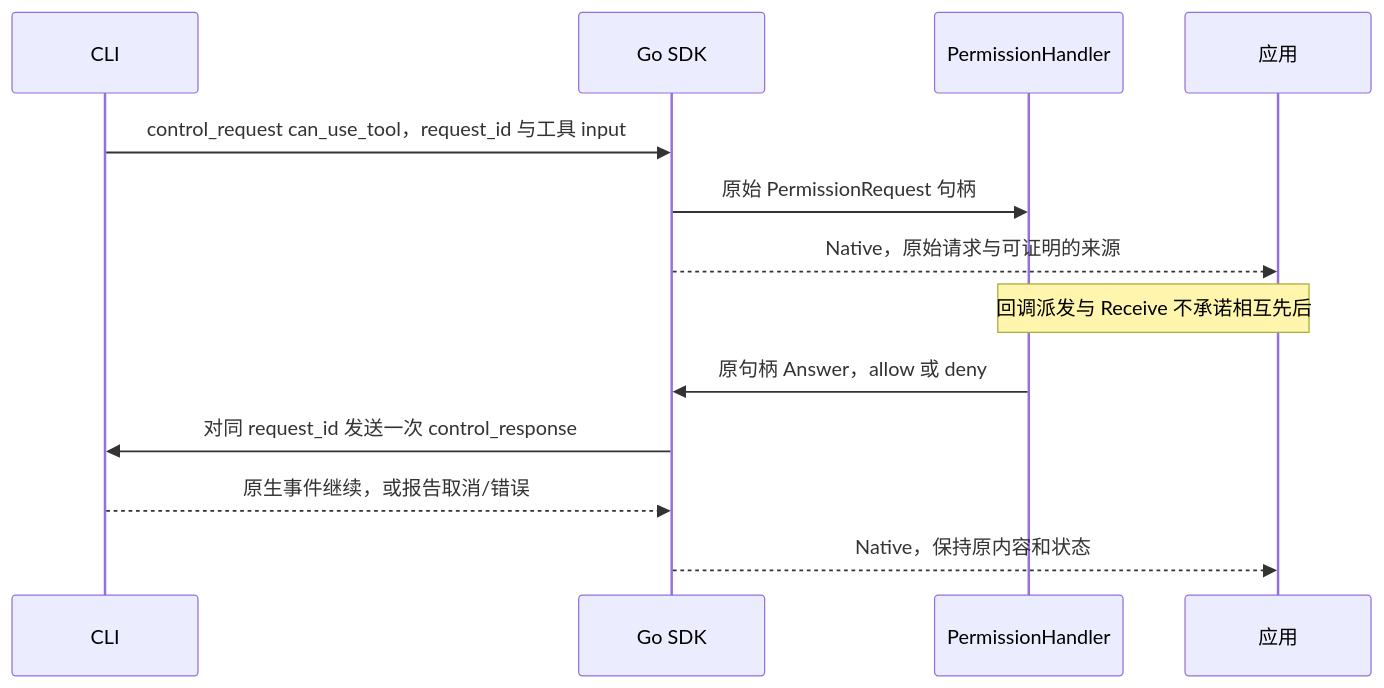
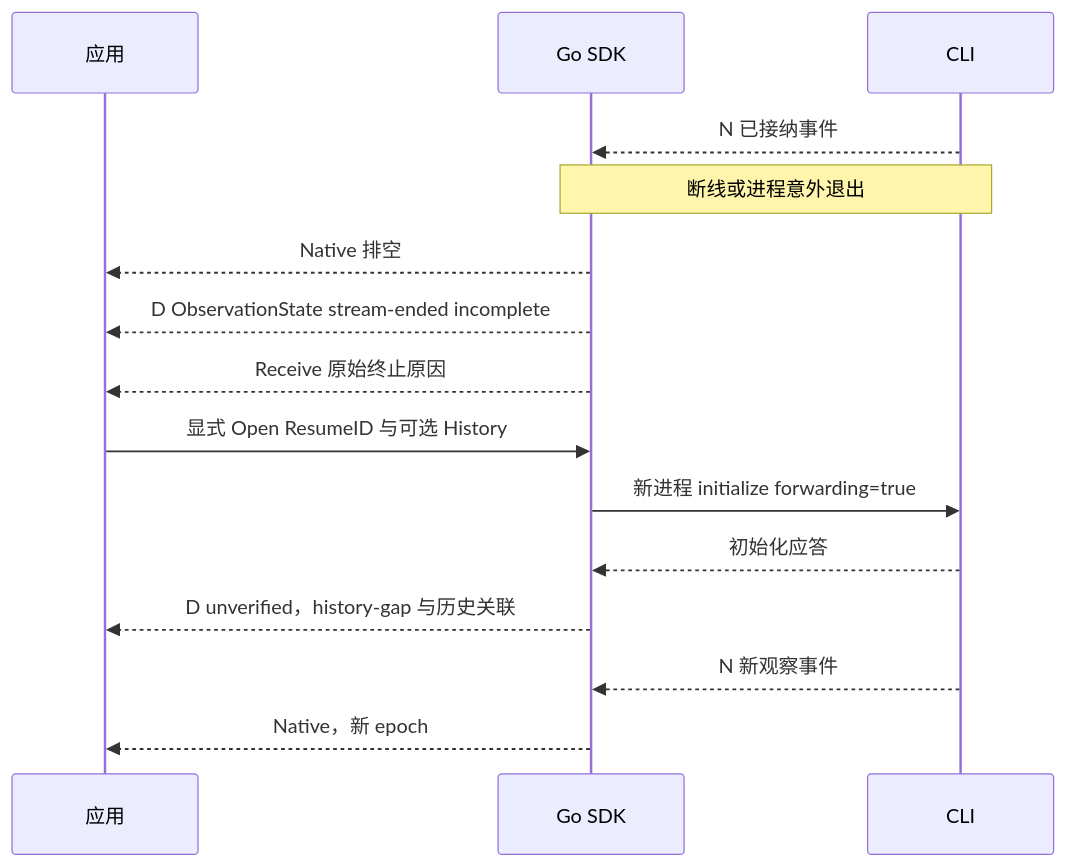
The ninth of 9 diagrams in docs/event-sequences.md (zoumo/agent-sdk-go), drawn with Mermaid before and after one commit. The commit also changed other lines of this file and 32 other files, not shown here.

````diff
--- a/docs/event-sequences.md
+++ b/docs/event-sequences.md
@@ -158,15 +300,17 @@
 ```mermaid
 sequenceDiagram
+    participant A as 应用
+    participant G as Go SDK
     participant C as CLI
-    participant G as Go SDK
-    participant H as PermissionHandler
-    participant A as 应用
-    C->>G: control_request can_use_tool，request_id 与工具 input
-    G->>H: 原始 PermissionRequest 句柄
-    G-->>A: Native，原始请求与可证明的来源
-    Note over H,A: 回调派发与 Receive 不承诺相互先后
-    H->>G: 原句柄 Answer，allow 或 deny
-    G->>C: 对同 request_id 发送一次 control_response
-    C-->>G: 原生事件继续，或报告取消/错误
-    G-->>A: Native，保持原内容和状态
+    C-->>G: N 已接纳事件
+    Note over C,G: 断线或进程意外退出
+    G-->>A: Native 排空
+    G-->>A: D ObservationState stream-ended incomplete
+    G-->>A: Receive 原始终止原因
+    A->>G: 显式 Open ResumeID 与可选 History
+    G->>C: 新进程 initialize forwarding=true
+    C-->>G: 初始化应答
+    G-->>A: D unverified，history-gap 与历史关联
+    C-->>G: N 新观察事件
+    G-->>A: Native，新 epoch
 ```
````
